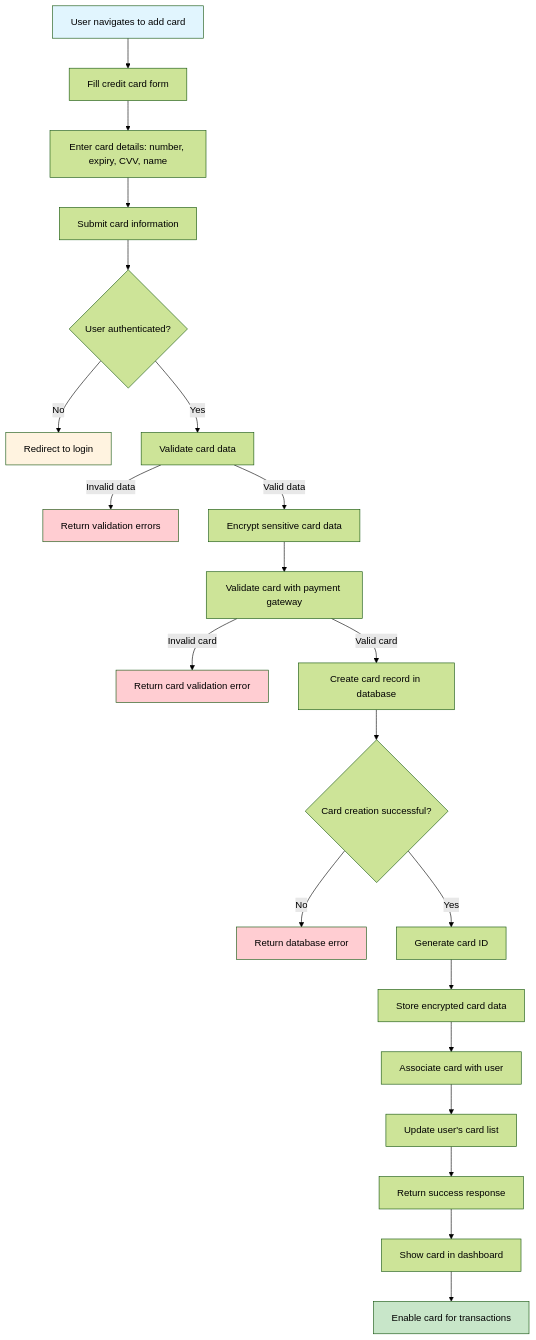
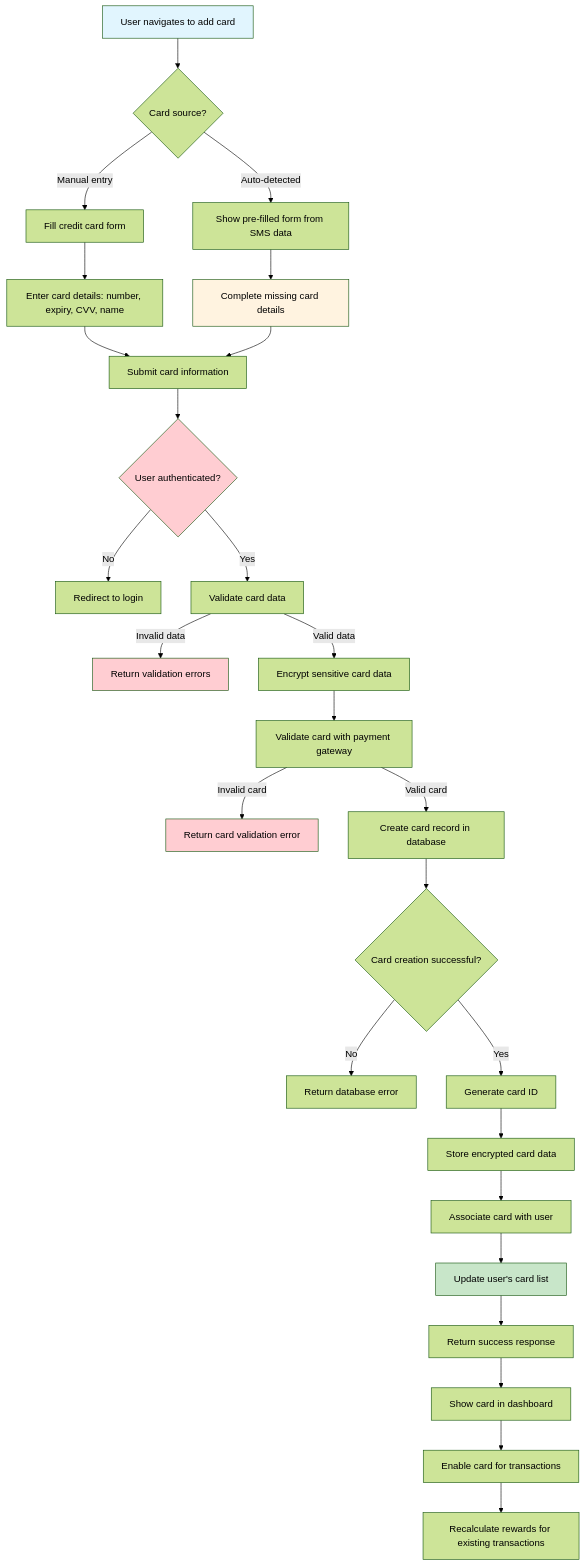
One commit to vedant-gala/credit_card_optimizer changed the diagram in docs/flowcharts/credit-card-add-flow.md. Above: the diagram before and after it, drawn with Mermaid (forest theme). The commit also changed other lines of this file and 3 other files, not shown here.

Commit message:
Modified the flowcharts to account for case where user has not added a card explicitly, but SMS parsing service would detect that a card exists, and create an entry itself with minimal details

````diff
--- a/docs/flowcharts/credit-card-add-flow.md
+++ b/docs/flowcharts/credit-card-add-flow.md
@@ -5,30 +5,35 @@
 ```mermaid
 flowchart TD
-    A[User navigates to add card] --> B[Fill credit card form]
-    B --> C[Enter card details: number, expiry, CVV, name]
-    C --> D[Submit card information]
-    D --> E{User authenticated?}
-    E -->|No| F[Redirect to login]
-    E -->|Yes| G[Validate card data]
-    G -->|Invalid data| H[Return validation errors]
-    G -->|Valid data| I[Encrypt sensitive card data]
-    I --> J[Validate card with payment gateway]
-    J -->|Invalid card| K[Return card validation error]
-    J -->|Valid card| L[Create card record in database]
-    L --> M{Card creation successful?}
-    M -->|No| N[Return database error]
-    M -->|Yes| O[Generate card ID]
-    O --> P[Store encrypted card data]
-    P --> Q[Associate card with user]
-    Q --> R[Update user's card list]
-    R --> S[Return success response]
-    S --> T[Show card in dashboard]
-    T --> U[Enable card for transactions]
+    A[User navigates to add card] --> B{Card source?}
+    B -->|Manual entry| C[Fill credit card form]
+    B -->|Auto-detected| D[Show pre-filled form from SMS data]
+    C --> E[Enter card details: number, expiry, CVV, name]
+    D --> F[Complete missing card details]
+    E --> G[Submit card information]
+    F --> G
+    G --> H{User authenticated?}
+    H -->|No| I[Redirect to login]
+    H -->|Yes| J[Validate card data]
+    J -->|Invalid data| K[Return validation errors]
+    J -->|Valid data| L[Encrypt sensitive card data]
+    L --> M[Validate card with payment gateway]
+    M -->|Invalid card| N[Return card validation error]
+    M -->|Valid card| O[Create card record in database]
+    O --> P{Card creation successful?}
+    P -->|No| Q[Return database error]
+    P -->|Yes| R[Generate card ID]
+    R --> S[Store encrypted card data]
+    S --> T[Associate card with user]
+    T --> U[Update user's card list]
+    U --> V[Return success response]
+    V --> W[Show card in dashboard]
+    W --> X[Enable card for transactions]
+    X --> Y[Recalculate rewards for existing transactions]
     
     style A fill:#e1f5fe
     style U fill:#c8e6c9
     style F fill:#fff3e0
     style H fill:#ffcdd2
     style K fill:#ffcdd2
     style N fill:#ffcdd2
 ```
````
